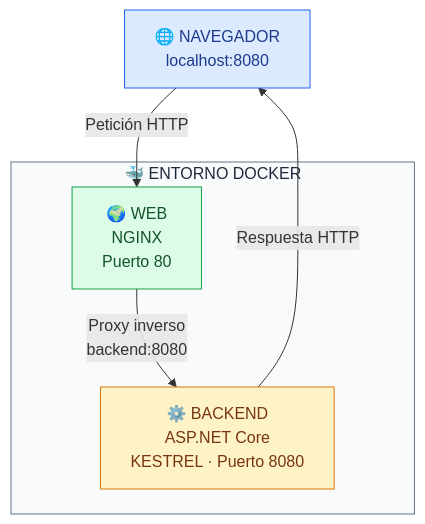
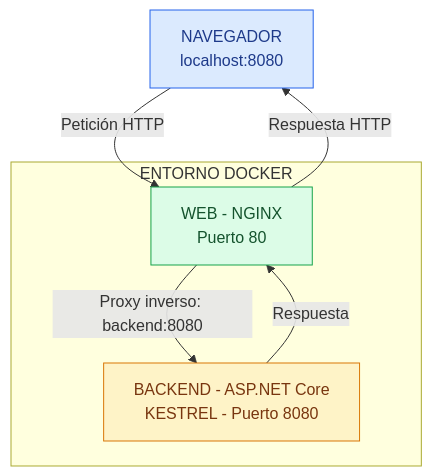
One commit to vjp-raulAP/novaharvest-web changed the diagram in readme.md. Above: the diagram before and after it, drawn with Mermaid.

````diff
--- a/readme.md
+++ b/readme.md
@@ -51,19 +51,19 @@
 ```mermaid
-    flowchart TD
-        A["🌐 NAVEGADOR<br/>localhost:8080"]
+flowchart TD
+    A["NAVEGADOR<br/>localhost:8080"]
 
-        subgraph DOCKER["🐳 ENTORNO DOCKER"]
-            B["🌍 WEB<br/>NGINX<br/>Puerto 80"]
-            C["⚙️ BACKEND<br/>ASP.NET Core<br/>KESTREL · Puerto 8080"]
+    subgraph DOCKER["ENTORNO DOCKER"]
+        B["WEB - NGINX<br/>Puerto 80"]
+        C["BACKEND - ASP.NET Core<br/>KESTREL - Puerto 8080"]
 
-            B -->|"Proxy inverso<br/>backend:8080"| C
-        end
+        B -->|"Proxy inverso: backend:8080"| C
+        C -->|"Respuesta"| B
+    end
 
-        A -->|"Petición HTTP"| B
-        C -->|"Respuesta HTTP"| A
+    A -->|"Petición HTTP"| B
+    B -->|"Respuesta HTTP"| A
 
-        style A fill:#dbeafe,stroke:#2563eb,color:#1e3a8a
-        style B fill:#dcfce7,stroke:#16a34a,color:#14532d
-        style C fill:#fef3c7,stroke:#d97706,color:#78350f
-        style DOCKER fill:#f8fafc,stroke:#64748b,color:#1e293b
+    style A fill:#dbeafe,stroke:#2563eb,color:#1e3a8a
+    style B fill:#dcfce7,stroke:#16a34a,color:#14532d
+    style C fill:#fef3c7,stroke:#d97706,color:#78350f
 ```
````
